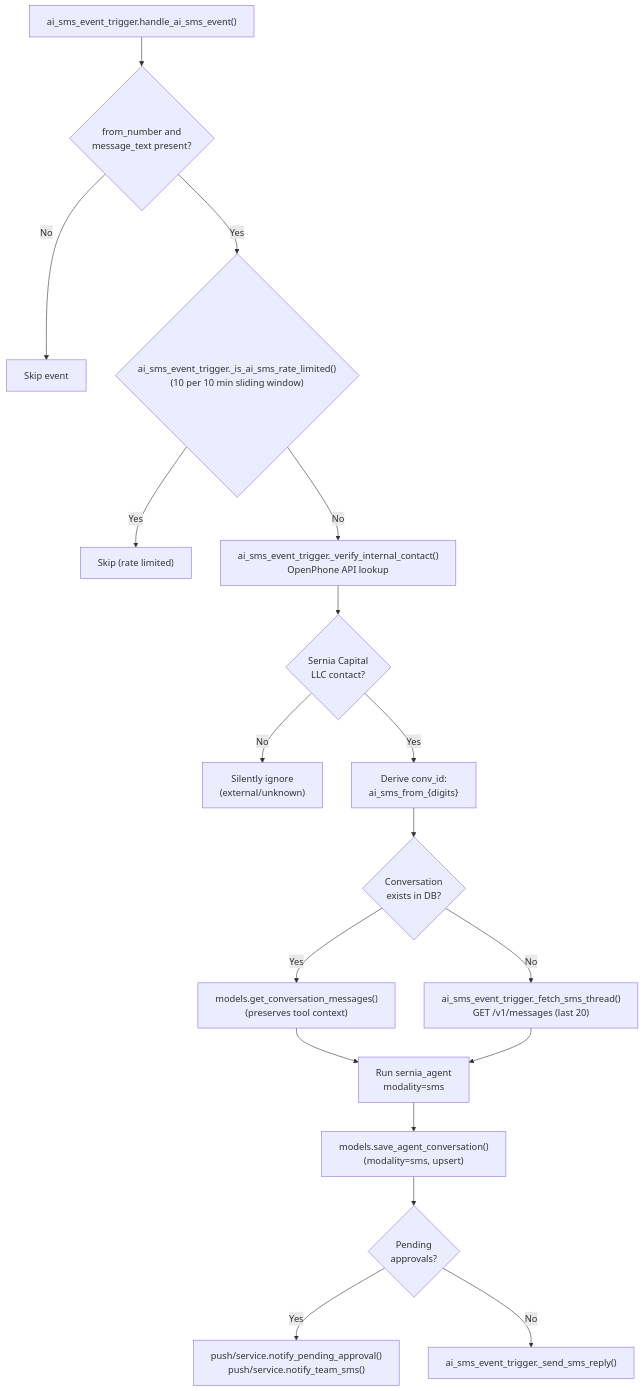
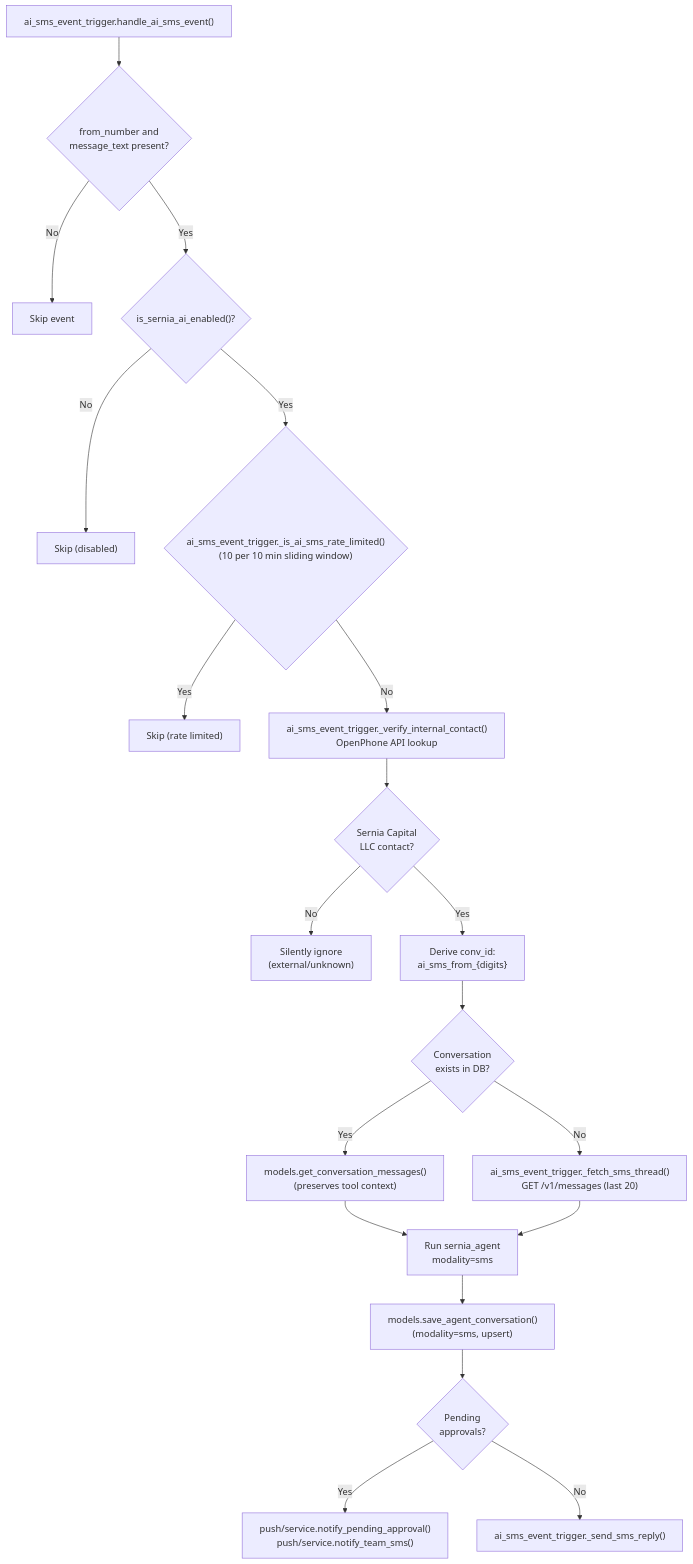
One commit to EmilioEsposito/portfolio changed the third of 4 diagrams in api/src/sernia_ai/triggers/README.md. Above: the diagram before and after it, drawn with Mermaid. The commit also changed other lines of this file and 6 other files, not shown here.

````diff
--- a/api/src/sernia_ai/triggers/README.md
+++ b/api/src/sernia_ai/triggers/README.md
@@ -61,24 +63,26 @@
 ```mermaid
 flowchart TD
     IN["ai_sms_event_trigger.handle_ai_sms_event()"] --> VALIDATE{"from_number and<br/>message_text present?"}
     VALIDATE -->|No| SKIP["Skip event"]
-    VALIDATE -->|Yes| RATE{"ai_sms_event_trigger._is_ai_sms_rate_limited()<br/>(10 per 10 min sliding window)"}
+    VALIDATE -->|Yes| ENABLED{"is_sernia_ai_enabled()?"}
+    ENABLED -->|No| SKIP2a["Skip (disabled)"]
+    ENABLED -->|Yes| RATE{"ai_sms_event_trigger._is_ai_sms_rate_limited()<br/>(10 per 10 min sliding window)"}
     RATE -->|Yes| SKIP2["Skip (rate limited)"]
     RATE -->|No| CONTACT["ai_sms_event_trigger._verify_internal_contact()<br/>OpenPhone API lookup"]
 
     CONTACT --> GATE{"Sernia Capital<br/>LLC contact?"}
     GATE -->|No| IGNORE["Silently ignore<br/>(external/unknown)"]
     GATE -->|Yes| CONV_ID["Derive conv_id:<br/>ai_sms_from_{digits}"]
 
     CONV_ID --> HISTORY{"Conversation<br/>exists in DB?"}
     HISTORY -->|Yes| LOAD_DB["models.get_conversation_messages()<br/>(preserves tool context)"]
     HISTORY -->|No| BOOTSTRAP["ai_sms_event_trigger._fetch_sms_thread()<br/>GET /v1/messages (last 20)"]
 
     LOAD_DB --> AGENT["Run sernia_agent<br/>modality=sms"]
     BOOTSTRAP --> AGENT
 
     AGENT --> SAVE["models.save_agent_conversation()<br/>(modality=sms, upsert)"]
     SAVE --> RESULT{"Pending<br/>approvals?"}
     RESULT -->|Yes| HITL["push/service.notify_pending_approval()<br/>push/service.notify_team_sms()"]
     RESULT -->|No| REPLY["ai_sms_event_trigger._send_sms_reply()"]
 ```
````
